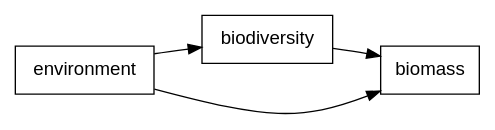
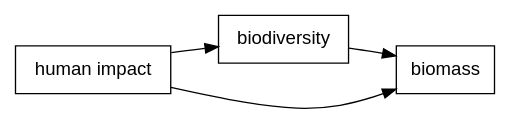
Diagram 23 of 30 in 5_Slides/Intro_to_SEM_part1.qmd (pennekampster/Swiss_SEM), drawn with Graphviz before and after one commit. The commit also changed other lines of this file and 3 other files, not shown here.

````diff
--- a/5_Slides/Intro_to_SEM_part1.qmd
+++ b/5_Slides/Intro_to_SEM_part1.qmd
@@ -1611,16 +1611,18 @@
 ```{dot}
 //| fig-width: 8
 digraph  {
 
    # a 'graph' statement
   graph [overlap = false, fontsize = 10, splines = curved, rankdir = LR]
 
   # several 'node' statements
   node [shape = box,
         fontname = Helvetica]
   
-   environment -> biodiversity -> biomass;
-   environment -> biomass;
+  impact [ label = "human impact" ]
+
+   impact -> biodiversity -> biomass;
+   impact -> biomass;
   
 }
 ```
````
